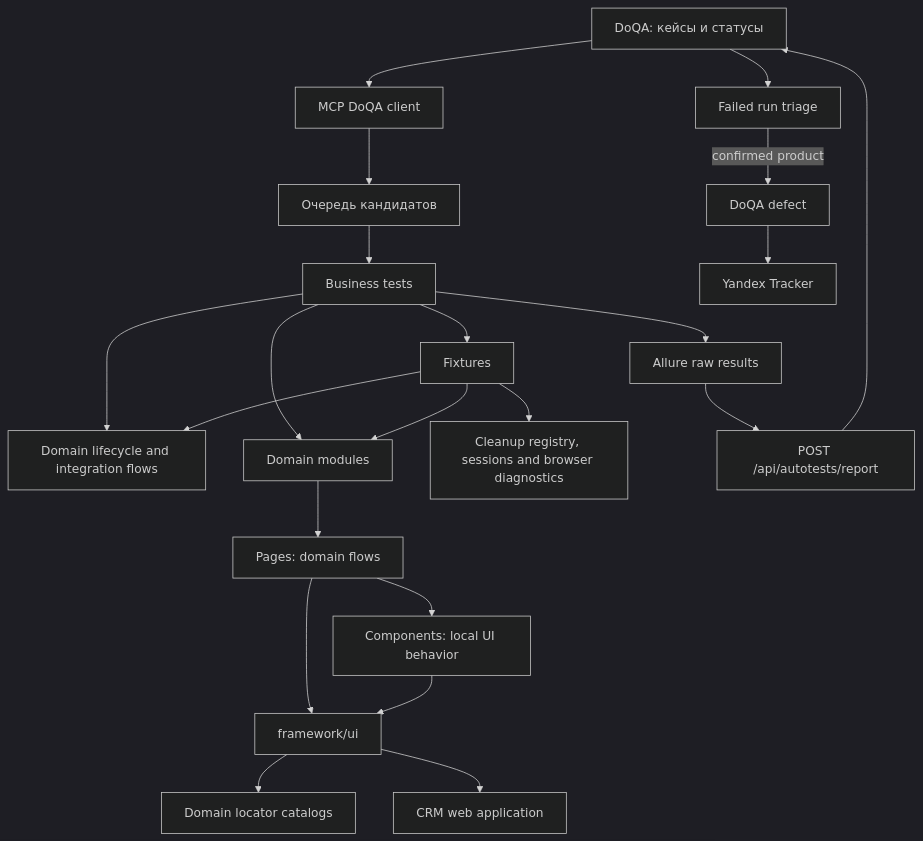
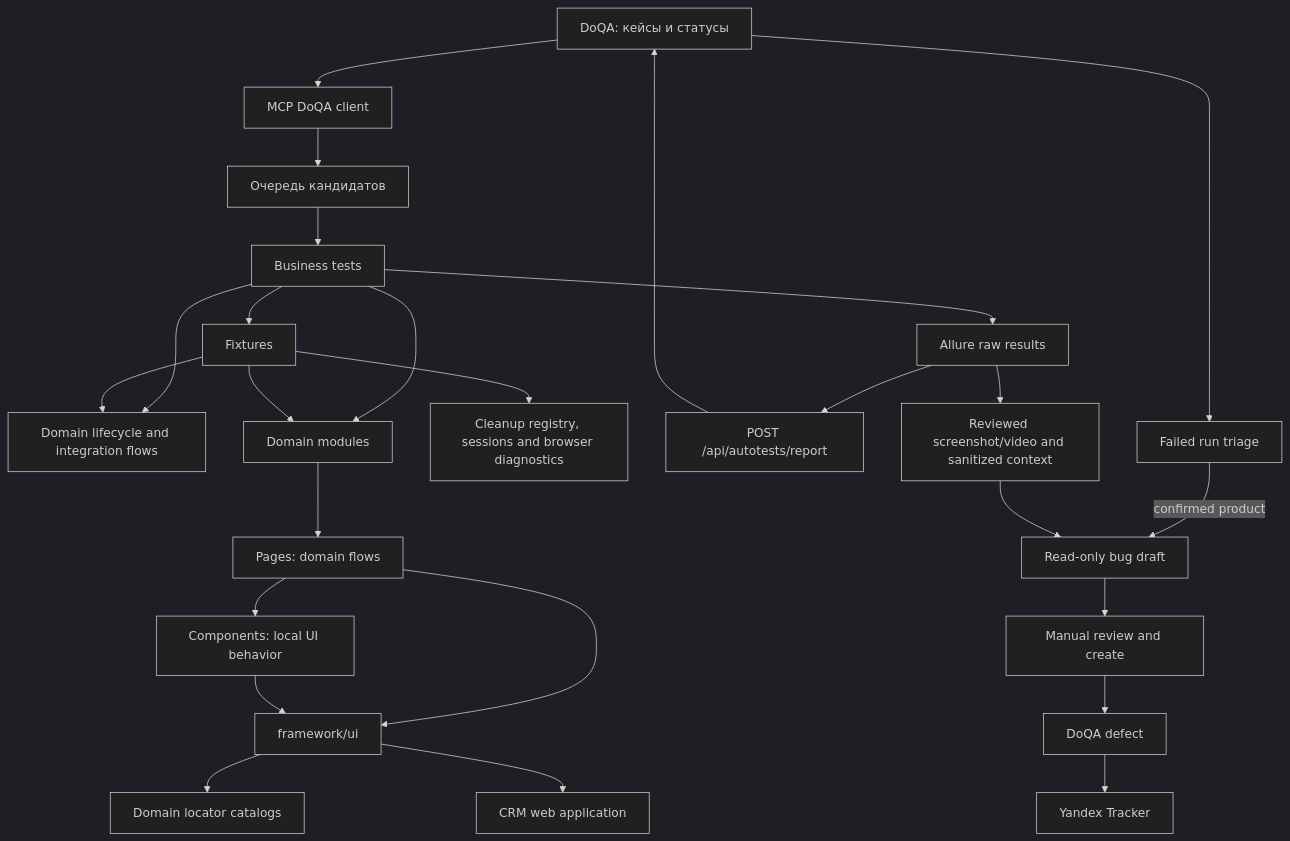
The diagram in docs/ARCHITECTURE.md (BBBtp/AezakmiGroup-Tests), drawn with Mermaid (dark theme) before and after one commit. The commit also changed other lines of this file and 19 other files, not shown here.

Commit message:
feat: generate read-only bug drafts from failed tests

````diff
--- a/docs/ARCHITECTURE.md
+++ b/docs/ARCHITECTURE.md
@@ -9,24 +9,28 @@
 ```mermaid
 flowchart TD
   DoQA[DoQA: кейсы и статусы] --> MCP[MCP DoQA client]
   MCP --> Queue[Очередь кандидатов]
   Queue --> Tests[Business tests]
   Tests --> Fixtures[Fixtures]
   Tests --> Support[Domain lifecycle and integration flows]
   Tests --> Modules[Domain modules]
   Fixtures --> Modules
   Fixtures --> Support
   Modules --> Pages[Pages: domain flows]
   Pages --> Components[Components: local UI behavior]
   Pages --> UI[framework/ui]
   Components --> UI
   UI --> Locators[Domain locator catalogs]
   UI --> CRM[CRM web application]
   Fixtures --> Lifecycle[Cleanup registry, sessions and browser diagnostics]
   Tests --> Allure[Allure raw results]
   Allure --> Upload[POST /api/autotests/report]
   Upload --> DoQA
   DoQA --> Triage[Failed run triage]
-  Triage -->|confirmed product| Defect[DoQA defect]
+  Triage -->|confirmed product| Draft[Read-only bug draft]
+  Allure --> Evidence[Reviewed screenshot/video and sanitized context]
+  Evidence --> Draft
+  Draft --> Manual[Manual review and create]
+  Manual --> Defect[DoQA defect]
   Defect --> Tracker[Yandex Tracker]
 ```
````
